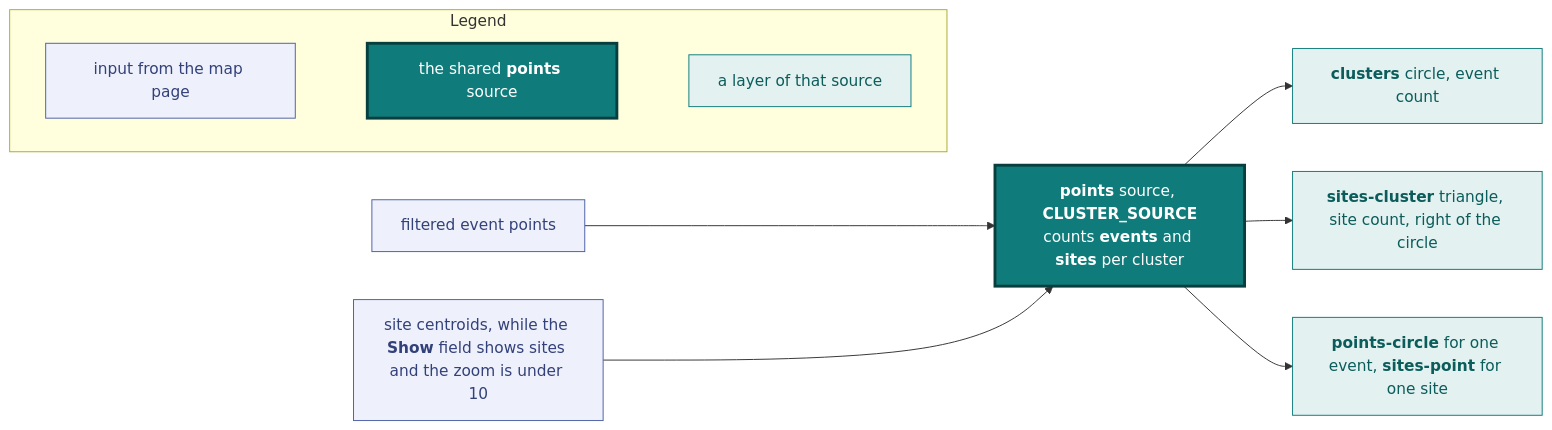
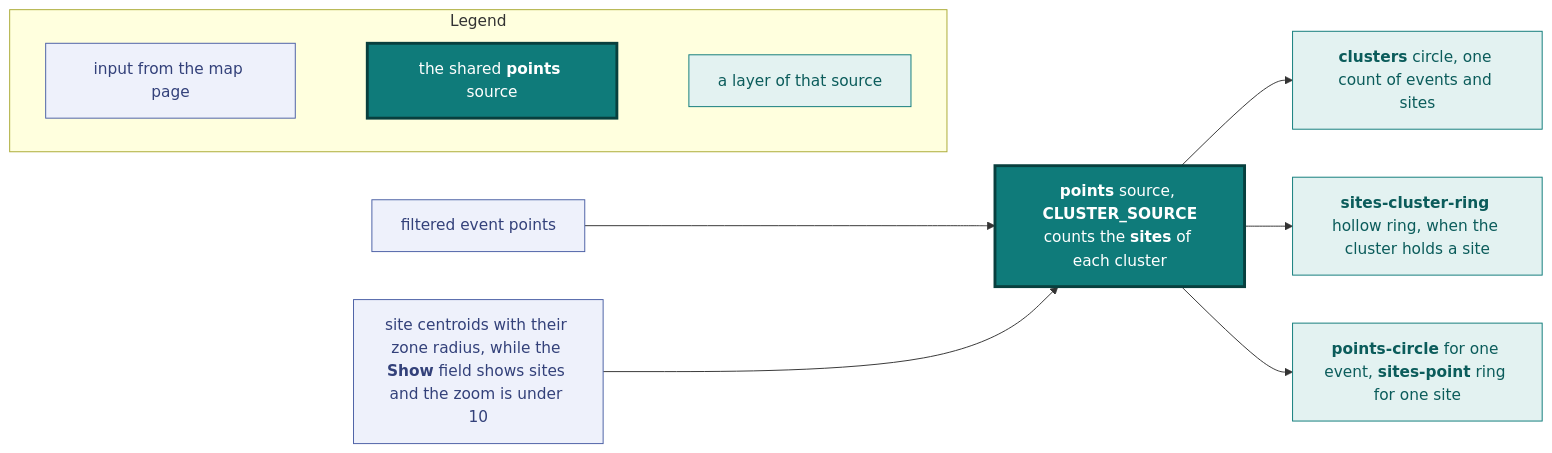
The third of 21 diagrams in docs/design.md (vidithq/vidit), drawn with Mermaid before and after one commit. The commit also changed other lines of this file and 6 other files, not shown here.

First line of the commit message:
feat(map): sites share the event clusters, marked by a ring

````diff
--- a/docs/design.md
+++ b/docs/design.md
@@ -263,27 +263,27 @@
     ```mermaid
     flowchart LR
       classDef spec fill:#eef1fb,stroke:#4a5fa5,color:#33417a
       classDef shared fill:#e3f2f1,stroke:#0f7b7a,color:#0b5c5b
       classDef core fill:#0f7b7a,stroke:#083f3e,stroke-width:3px,color:#ffffff
 
       subgraph legend [Legend]
         direction LR
         l1["`input from the map page`"]:::spec
         l2["`the shared **points** source`"]:::core
         l3["`a layer of that source`"]:::shared
         l1 ~~~ l2 ~~~ l3
       end
 
       events["`filtered event points`"]:::spec
-      sites["`site centroids, while the **Show** field shows sites and the zoom is under 10`"]:::spec
+      sites["`site centroids with their zone radius, while the **Show** field shows sites and the zoom is under 10`"]:::spec
       source["`**points** source, **CLUSTER_SOURCE**
-      counts **events** and **sites** per cluster`"]:::core
-      circle["`**clusters** circle, event count`"]:::shared
-      triangle["`**sites-cluster** triangle, site count, right of the circle`"]:::shared
-      single["`**points-circle** for one event, **sites-point** for one site`"]:::shared
+      counts the **sites** of each cluster`"]:::core
+      circle["`**clusters** circle, one count of events and sites`"]:::shared
+      ring["`**sites-cluster-ring** hollow ring, when the cluster holds a site`"]:::shared
+      single["`**points-circle** for one event, **sites-point** ring for one site`"]:::shared
       events --> source
       sites --> source
       source --> circle
-      source --> triangle
+      source --> ring
       source --> single
     ```
````
